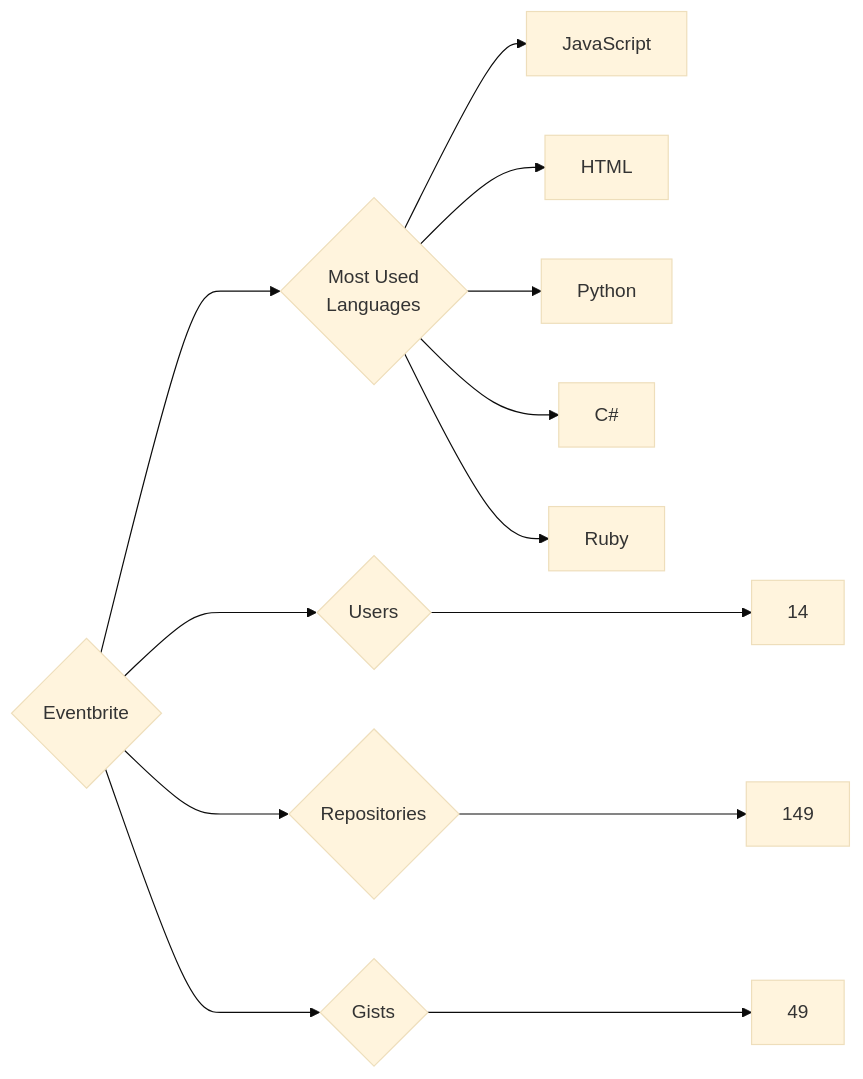
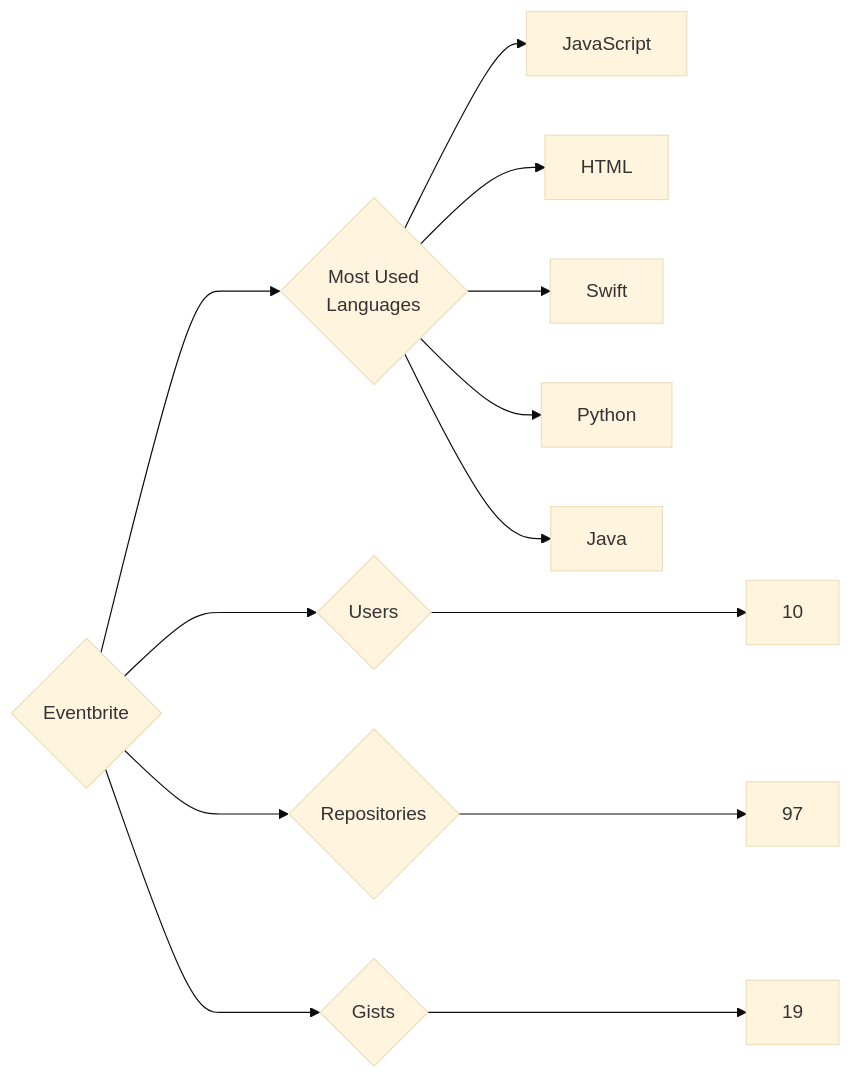
The diagram in targets/Eventbrite/README.md (trickest/insiders), drawn with Mermaid (base theme) before and after one commit. The commit also changed 723 other files, not shown here.

````diff
--- a/targets/Eventbrite/README.md
+++ b/targets/Eventbrite/README.md
@@ -3,13 +3,13 @@
 ```mermaid
 graph LR
 COMPANY_NAME{Eventbrite}
-COMPANY_NAME ---> U{Users} ---> UN[14]
-COMPANY_NAME ---> R{Repositories} ---> RN[149]
-COMPANY_NAME ---> G{Gists} ---> GN[49]
+COMPANY_NAME ---> U{Users} ---> UN[10]
+COMPANY_NAME ---> R{Repositories} ---> RN[97]
+COMPANY_NAME ---> G{Gists} ---> GN[19]
 COMPANY_NAME ---> ML{Most Used<br>Languages}
 ML --> JavaScript[JavaScript]
 ML --> HTML[HTML]
+ML --> Swift[Swift]
 ML --> Python[Python]
-ML --> C#[C#]
-ML --> Ruby[Ruby]
+ML --> Java[Java]
 ```
````
